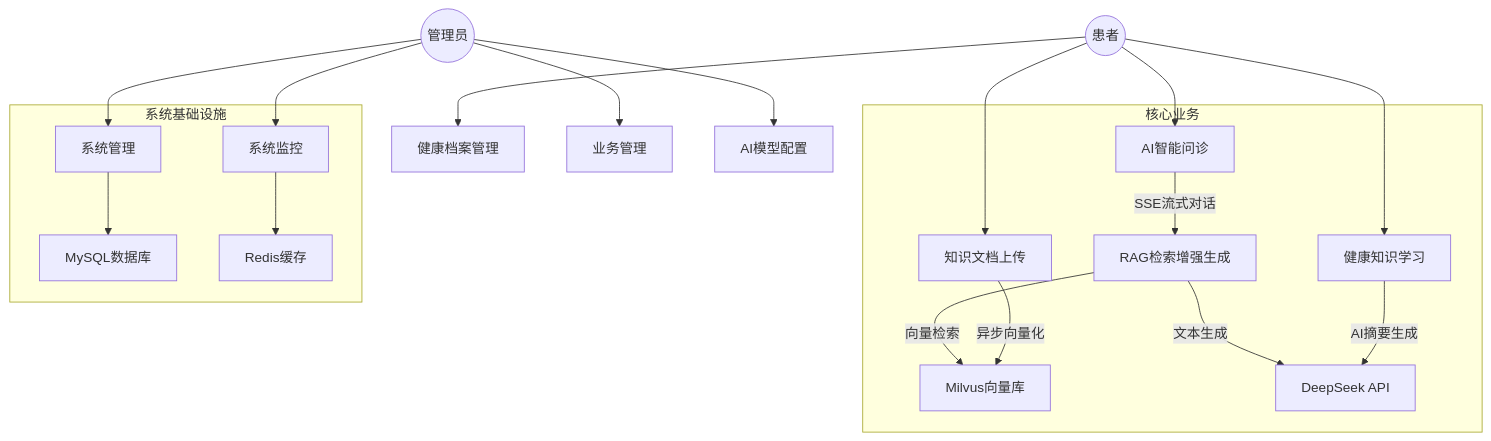
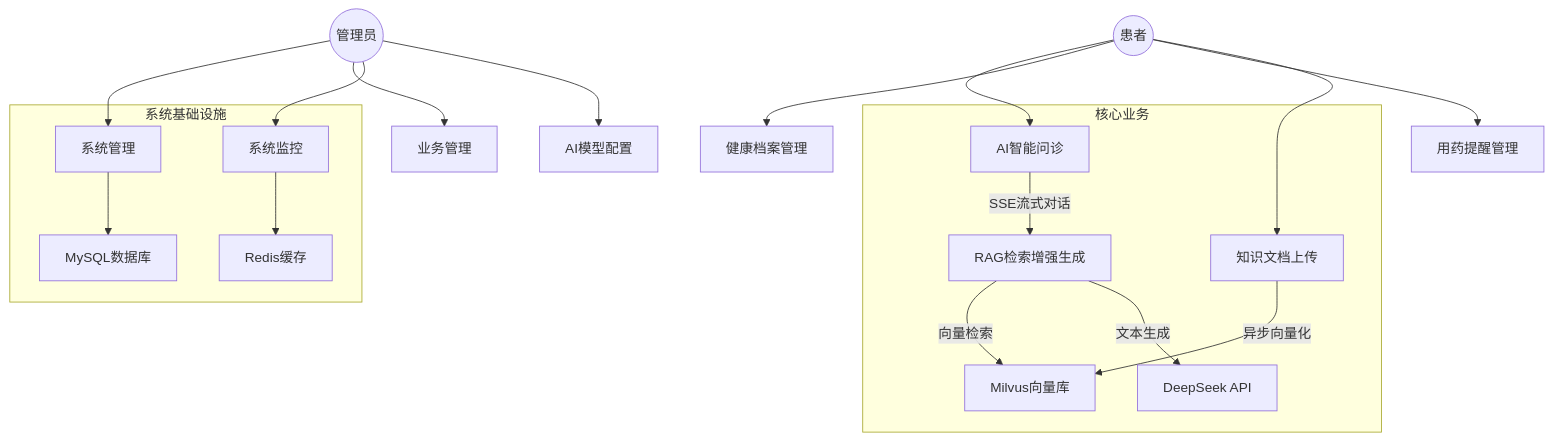
Before and after one commit to qlzhj03/axzl: the sixth of 21 diagrams in docs/02-系统设计文档.md, drawn with Mermaid. The commit also changed other lines of this file and 13 other files, not shown here.

````diff
--- a/docs/02-系统设计文档.md
+++ b/docs/02-系统设计文档.md
@@ -266,25 +259,24 @@
 ```mermaid
 graph TB
     P(("患者")) --> P1["AI智能问诊"]
     P --> P2["健康档案管理"]
-    P --> P3["健康知识学习"]
+    P --> P3["用药提醒管理"]
     P --> P4["知识文档上传"]
 
     M(("管理员")) --> M1["系统管理"]
     M --> M2["业务管理"]
     M --> M3["系统监控"]
     M --> M4["AI模型配置"]
 
     subgraph "核心业务"
         P1 -->|"SSE流式对话"| RAG["RAG检索增强生成"]
         RAG -->|"向量检索"| MV["Milvus向量库"]
         RAG -->|"文本生成"| DS["DeepSeek API"]
         P4 -->|"异步向量化"| MV
-        P3 -->|"AI摘要生成"| DS
     end
 
     subgraph "系统基础设施"
         M1 --> DB["MySQL数据库"]
         M3 --> RD["Redis缓存"]
     end
 ```
````
